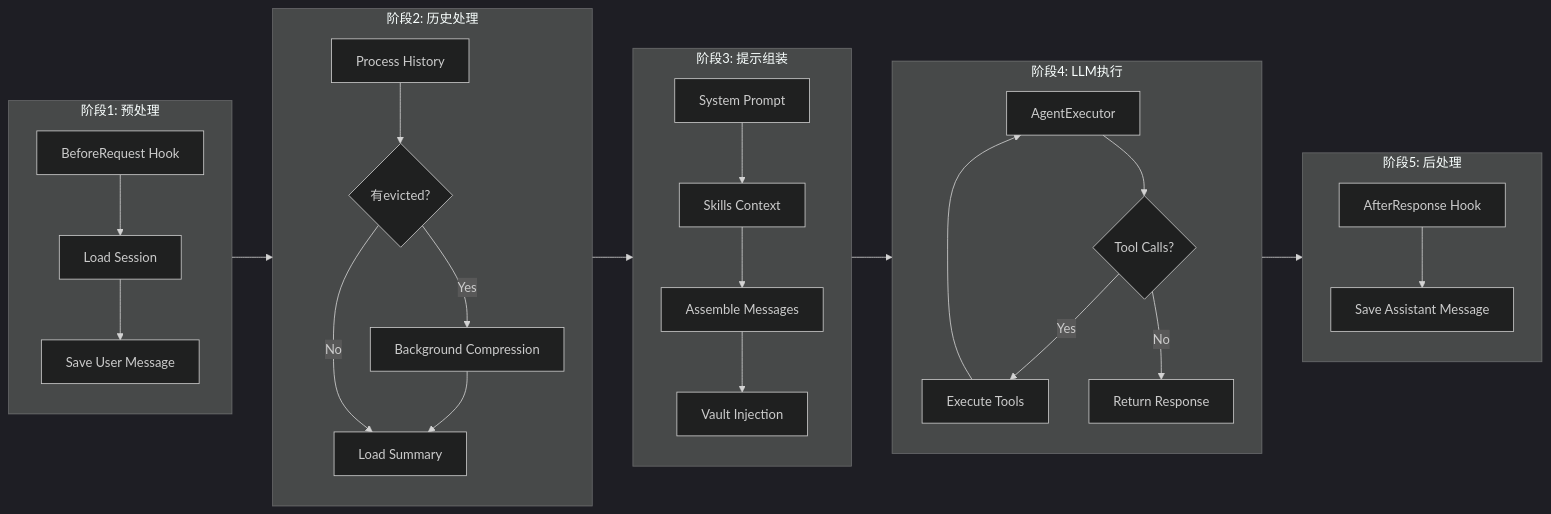
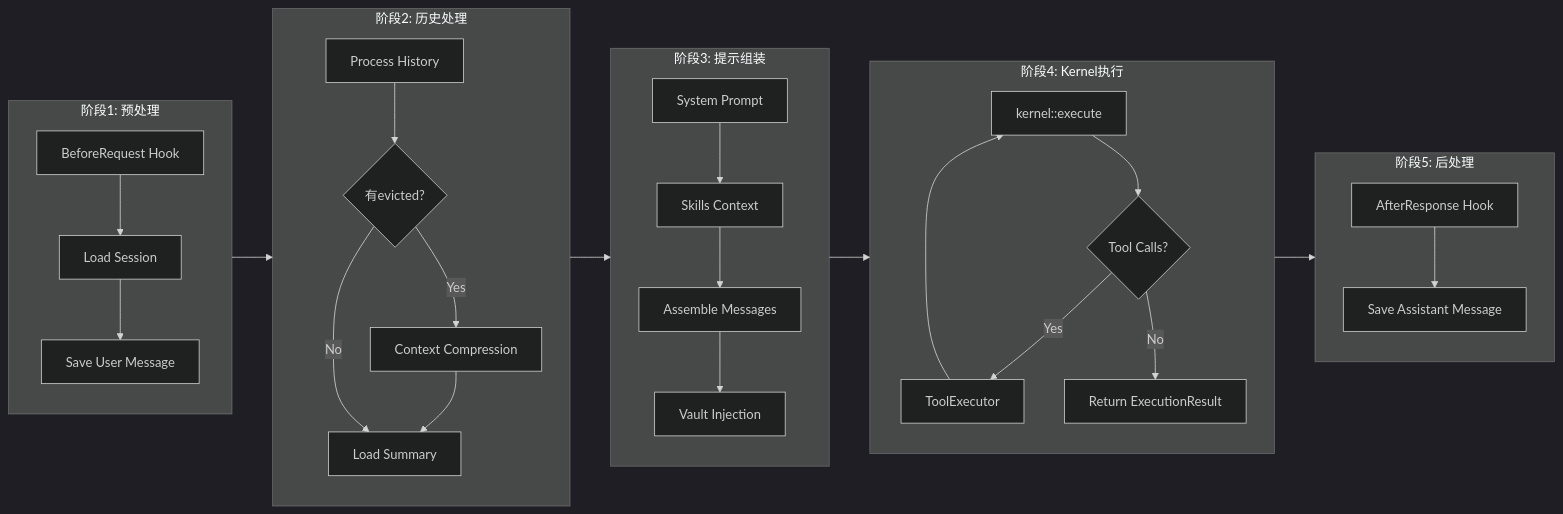
One commit to yeheng/nanobot-rs changed the second of 4 diagrams in docs/agent_flow.md. Above: the diagram before and after it, drawn with Mermaid (dark theme). The commit also changed other lines of this file and 12 other files, not shown here.

First line of the commit message:
feat(docs): 重构架构文档以反映 AgentSession 与 Kernel 分离设计

````diff
--- a/docs/agent_flow.md
+++ b/docs/agent_flow.md
@@ -67,33 +66,33 @@
 ```mermaid
 flowchart LR
     subgraph Phase1["阶段1: 预处理"]
         A[BeforeRequest Hook] --> B[Load Session]
         B --> C[Save User Message]
     end
 
     subgraph Phase2["阶段2: 历史处理"]
         D[Process History] --> E{有evicted?}
-        E -->|Yes| F[Background Compression]
+        E -->|Yes| F[Context Compression]
         E -->|No| G[Load Summary]
         F --> G
     end
 
     subgraph Phase3["阶段3: 提示组装"]
         H[System Prompt] --> I[Skills Context]
         I --> J[Assemble Messages]
         J --> K[Vault Injection]
     end
 
-    subgraph Phase4["阶段4: LLM执行"]
-        L[AgentExecutor] --> M{Tool Calls?}
-        M -->|Yes| N[Execute Tools]
+    subgraph Phase4["阶段4: Kernel执行"]
+        L[kernel::execute] --> M{Tool Calls?}
+        M -->|Yes| N[ToolExecutor]
         N --> L
-        M -->|No| O[Return Response]
+        M -->|No| O[Return ExecutionResult]
     end
 
     subgraph Phase5["阶段5: 后处理"]
         P[AfterResponse Hook] --> Q[Save Assistant Message]
     end
 
     Phase1 --> Phase2 --> Phase3 --> Phase4 --> Phase5
 ```
````
